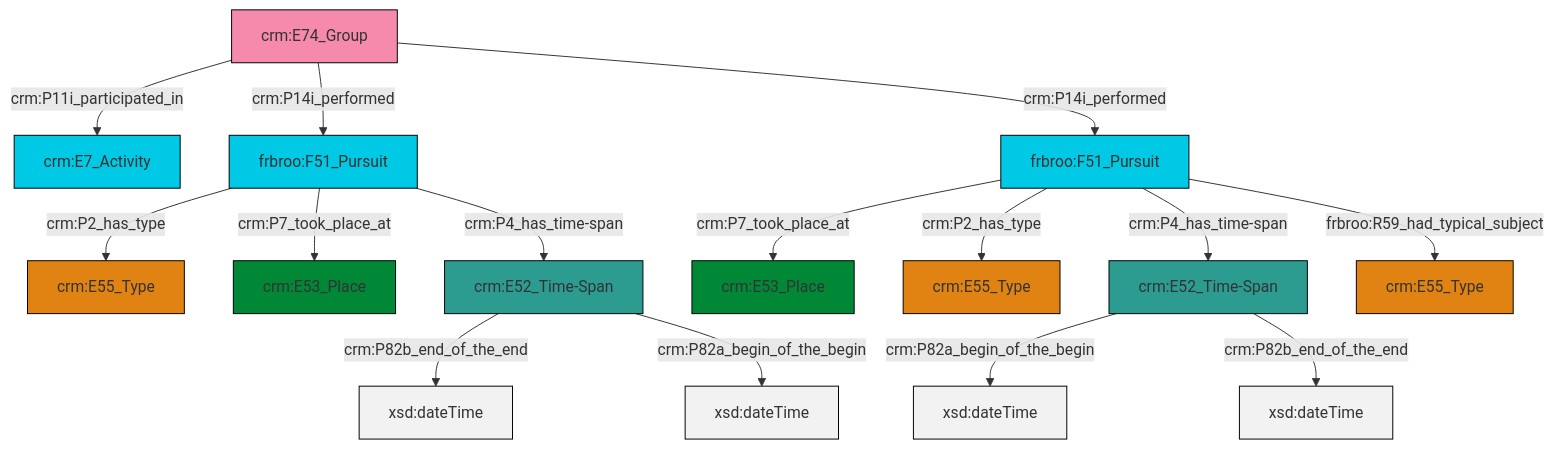
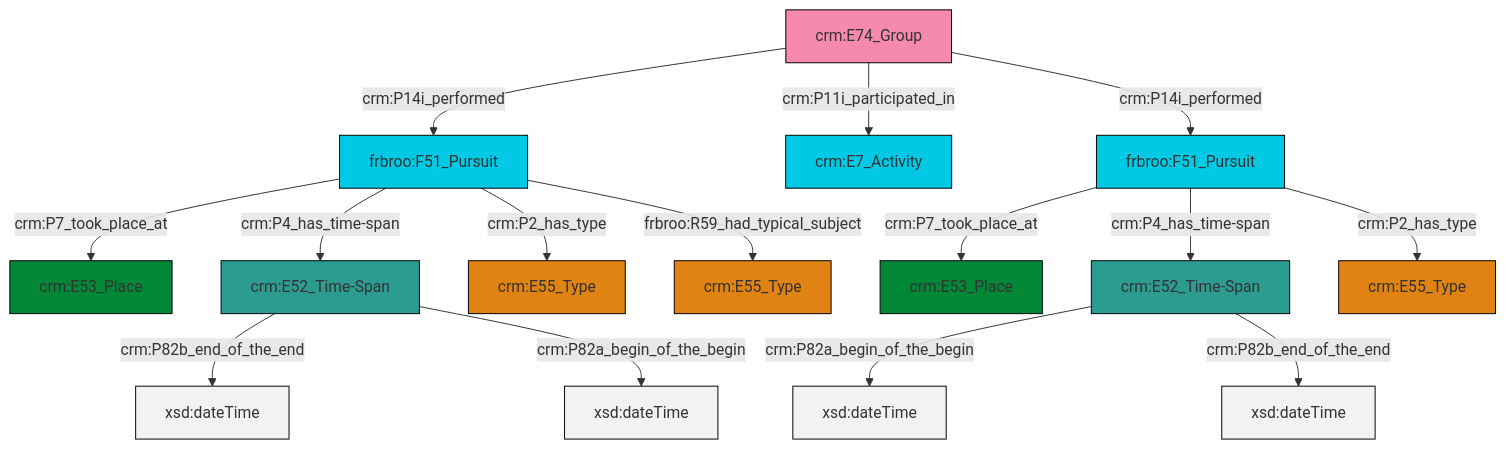
Before and after one commit to swiss-art-research-net/docs.swissartresearch: the diagram in et/groupCSV/ttl/mmd/group_events.ttl.mmd, drawn with Mermaid. The commit also changed 178 other files, not shown here.

```diff
--- a/et/groupCSV/ttl/mmd/group_events.ttl.mmd
+++ b/et/groupCSV/ttl/mmd/group_events.ttl.mmd
@@ -1,29 +1,29 @@
 graph TD
 classDef Literal fill:#f2f2f2,stroke:#000000;
 classDef CRM_Entity fill:#FFFFFF,stroke:#000000;
 classDef Temporal_Entity fill:#00C9E6, stroke:#000000;
 classDef Type fill:#E18312, stroke:#000000;
 classDef Time-Span fill:#2C9C91, stroke:#000000;
 classDef Appellation fill:#FFEB7F, stroke:#000000;
 classDef Place fill:#008836, stroke:#000000;
 classDef Persistent_Item fill:#B266B2, stroke:#000000;
 classDef Conceptual_Object fill:#FFD700, stroke:#000000;
 classDef Physical_Thing fill:#D2B48C, stroke:#000000;
 classDef Actor fill:#f58aad, stroke:#000000;
 classDef PC_Classes fill:#4ce600, stroke:#000000;
 classDef Multi fill:#cccccc,stroke:#000000;
 
+0["crm:E74_Group"]:::Actor -->|crm:P14i_performed| 1["frbroo:F51_Pursuit"]:::Temporal_Entity
 4["frbroo:F51_Pursuit"]:::Temporal_Entity -->|crm:P7_took_place_at| 5["crm:E53_Place"]:::Place
-8["frbroo:F51_Pursuit"]:::Temporal_Entity -->|crm:P2_has_type| 9["crm:E55_Type"]:::Type
-10["crm:E74_Group"]:::Actor -->|crm:P11i_participated_in| 0["crm:E7_Activity"]:::Temporal_Entity
-10["crm:E74_Group"]:::Actor -->|crm:P14i_performed| 8["frbroo:F51_Pursuit"]:::Temporal_Entity
-8["frbroo:F51_Pursuit"]:::Temporal_Entity -->|crm:P7_took_place_at| 11["crm:E53_Place"]:::Place
-2["crm:E52_Time-Span"]:::Time-Span -->|crm:P82b_end_of_the_end| 12[xsd:dateTime]:::Literal
-6["crm:E52_Time-Span"]:::Time-Span -->|crm:P82a_begin_of_the_begin| 15[xsd:dateTime]:::Literal
-4["frbroo:F51_Pursuit"]:::Temporal_Entity -->|crm:P2_has_type| 13["crm:E55_Type"]:::Type
-6["crm:E52_Time-Span"]:::Time-Span -->|crm:P82b_end_of_the_end| 24[xsd:dateTime]:::Literal
+0["crm:E74_Group"]:::Actor -->|crm:P11i_participated_in| 8["crm:E7_Activity"]:::Temporal_Entity
+6["crm:E52_Time-Span"]:::Time-Span -->|crm:P82a_begin_of_the_begin| 13[xsd:dateTime]:::Literal
+0["crm:E74_Group"]:::Actor -->|crm:P14i_performed| 4["frbroo:F51_Pursuit"]:::Temporal_Entity
+6["crm:E52_Time-Span"]:::Time-Span -->|crm:P82b_end_of_the_end| 15[xsd:dateTime]:::Literal
+1["frbroo:F51_Pursuit"]:::Temporal_Entity -->|crm:P7_took_place_at| 16["crm:E53_Place"]:::Place
 4["frbroo:F51_Pursuit"]:::Temporal_Entity -->|crm:P4_has_time-span| 6["crm:E52_Time-Span"]:::Time-Span
-10["crm:E74_Group"]:::Actor -->|crm:P14i_performed| 4["frbroo:F51_Pursuit"]:::Temporal_Entity
-4["frbroo:F51_Pursuit"]:::Temporal_Entity -->|frbroo:R59_had_typical_subject| 25["crm:E55_Type"]:::Type
-8["frbroo:F51_Pursuit"]:::Temporal_Entity -->|crm:P4_has_time-span| 2["crm:E52_Time-Span"]:::Time-Span
-2["crm:E52_Time-Span"]:::Time-Span -->|crm:P82a_begin_of_the_begin| 26[xsd:dateTime]:::Literal
+1["frbroo:F51_Pursuit"]:::Temporal_Entity -->|crm:P4_has_time-span| 22["crm:E52_Time-Span"]:::Time-Span
+4["frbroo:F51_Pursuit"]:::Temporal_Entity -->|crm:P2_has_type| 10["crm:E55_Type"]:::Type
+22["crm:E52_Time-Span"]:::Time-Span -->|crm:P82b_end_of_the_end| 25[xsd:dateTime]:::Literal
+22["crm:E52_Time-Span"]:::Time-Span -->|crm:P82a_begin_of_the_begin| 26[xsd:dateTime]:::Literal
+1["frbroo:F51_Pursuit"]:::Temporal_Entity -->|crm:P2_has_type| 2["crm:E55_Type"]:::Type
+1["frbroo:F51_Pursuit"]:::Temporal_Entity -->|frbroo:R59_had_typical_subject| 17["crm:E55_Type"]:::Type
```
